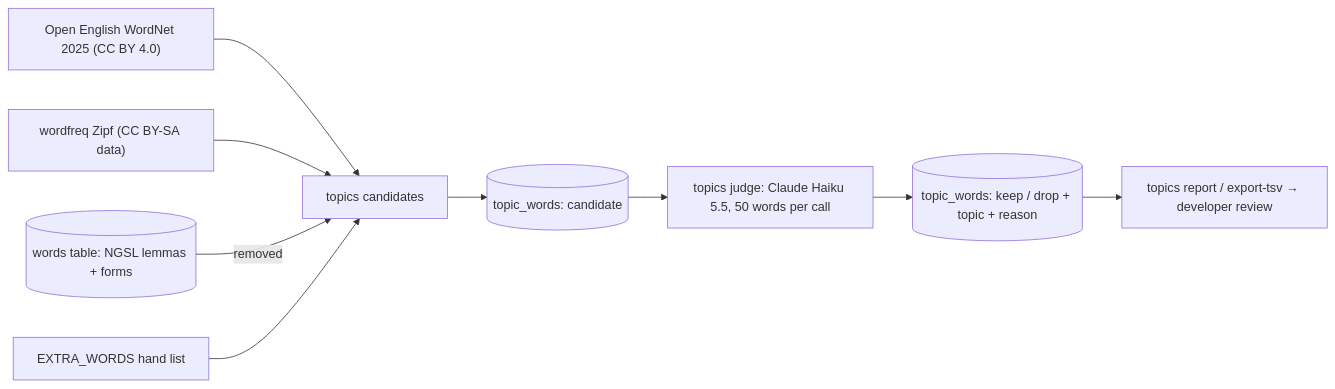
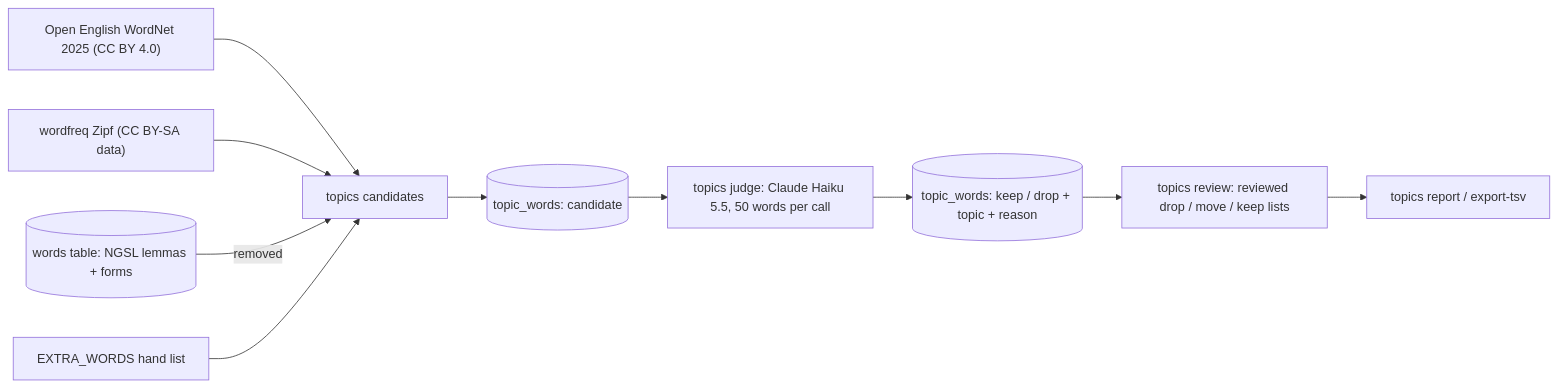
The fifth of 5 diagrams in backlog/docs/features/doc-6 - Dictionary-pipeline.md (tranphuocloc070699/saynata), drawn with Mermaid before and after one commit. The commit also changed other lines of this file and 6 other files, not shown here.

````diff
--- a/backlog/docs/features/doc-6 - Dictionary-pipeline.md
+++ b/backlog/docs/features/doc-6 - Dictionary-pipeline.md
@@ -259,11 +259,12 @@
 ```mermaid
 flowchart LR
     OEWN["Open English WordNet 2025 (CC BY 4.0)"] --> C[topics candidates]
     WF["wordfreq Zipf (CC BY-SA data)"] --> C
     NGSL[(words table: NGSL lemmas + forms)] -->|removed| C
     X[EXTRA_WORDS hand list] --> C
     C --> TW[(topic_words: candidate)]
     TW --> J["topics judge: Claude Haiku 5.5, 50 words per call"]
     J --> TW2[(topic_words: keep / drop + topic + reason)]
-    TW2 --> R[topics report / export-tsv → developer review]
+    TW2 --> RV[topics review: reviewed drop / move / keep lists]
+    RV --> R[topics report / export-tsv]
 ```
````
